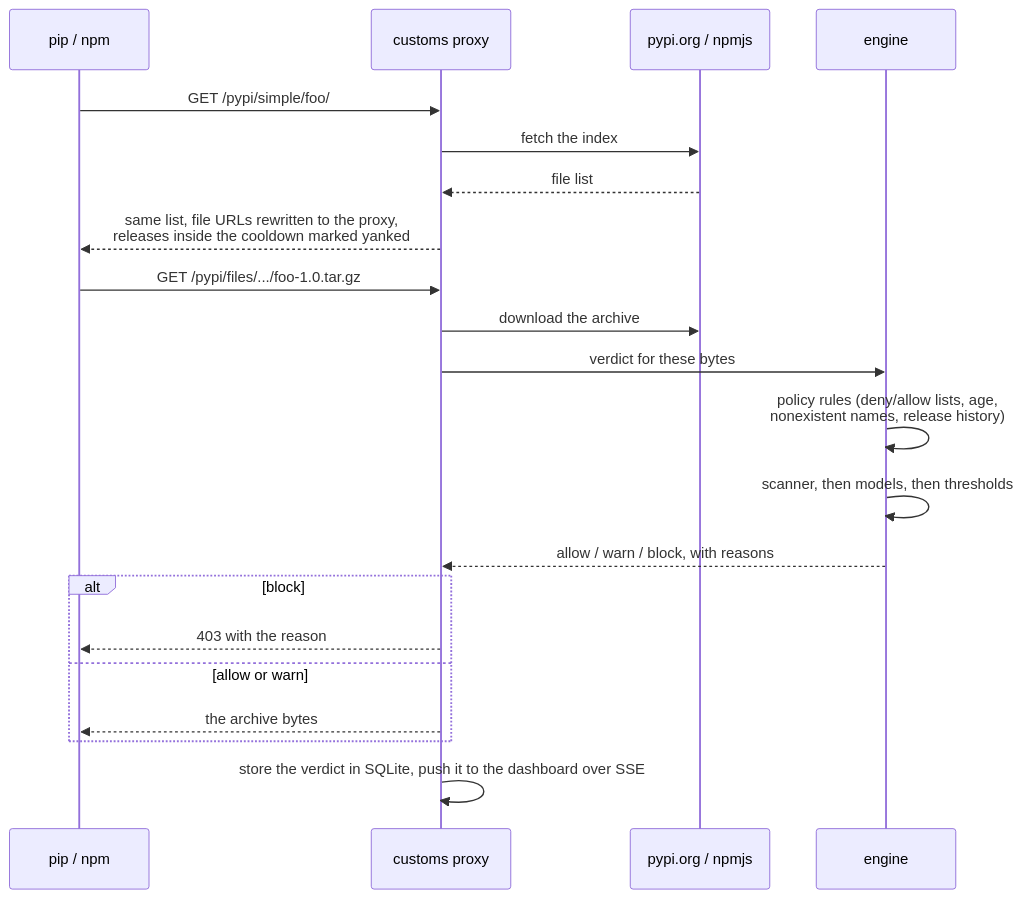
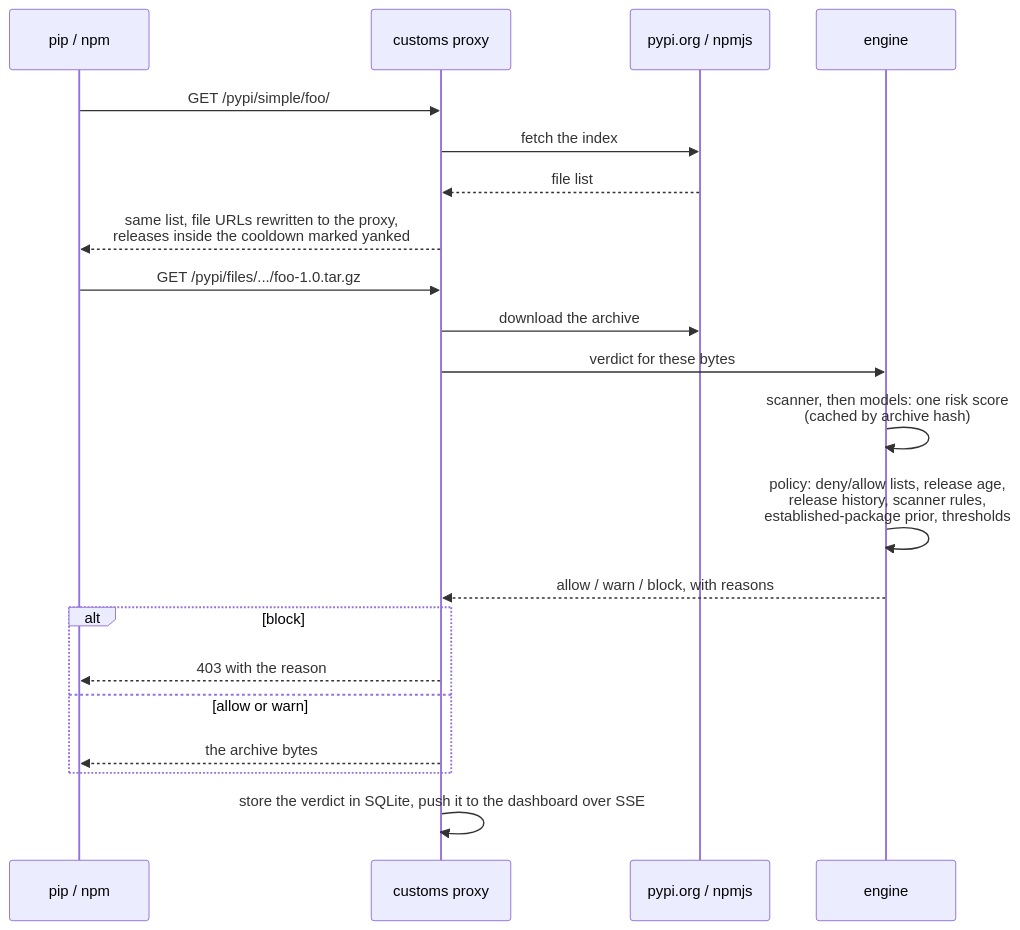
One commit to yib7/customs changed the first of 3 diagrams in docs/ARCHITECTURE.md. Above: the diagram before and after it, drawn with Mermaid. The commit also changed other lines of this file and 5 other files, not shown here.

Commit message:
README: shorter, a request lifecycle diagram, current numbers and limits; docs: 78 features, security headers, allowed hosts

````diff
--- a/docs/ARCHITECTURE.md
+++ b/docs/ARCHITECTURE.md
@@ -28,23 +28,23 @@
 ```mermaid
 sequenceDiagram
     participant PM as pip / npm
     participant P as customs proxy
     participant R as pypi.org / npmjs
     participant E as engine
     PM->>P: GET /pypi/simple/foo/
     P->>R: fetch the index
     R-->>P: file list
     P-->>PM: same list, file URLs rewritten to the proxy,<br/>releases inside the cooldown marked yanked
     PM->>P: GET /pypi/files/.../foo-1.0.tar.gz
     P->>R: download the archive
     P->>E: verdict for these bytes
-    E->>E: policy rules (deny/allow lists, age,<br/>nonexistent names, release history)
-    E->>E: scanner, then models, then thresholds
+    E->>E: scanner, then models: one risk score<br/>(cached by archive hash)
+    E->>E: policy: deny/allow lists, release age,<br/>release history, scanner rules,<br/>established-package prior, thresholds
     E-->>P: allow / warn / block, with reasons
     alt block
         P-->>PM: 403 with the reason
     else allow or warn
         P-->>PM: the archive bytes
     end
     P->>P: store the verdict in SQLite, push it to the dashboard over SSE
 ```
````
